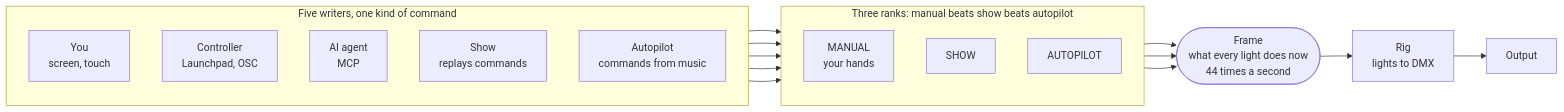
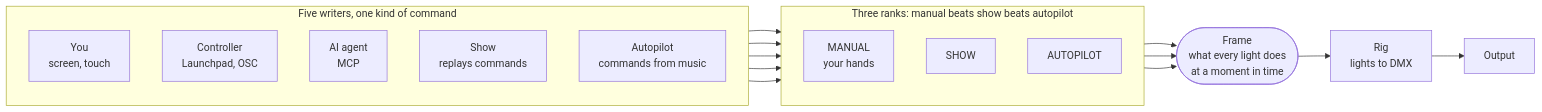
One commit to abossard/bossylights changed the first of 14 diagrams in docs/design/theory.md. Above: the diagram before and after it, drawn with Mermaid. The commit also changed other lines of this file and 2 other files, not shown here.

Commit message:
docs: the frame rate belongs to each output, with a default per protocol; a frame is computed for a moment in time

````diff
--- a/docs/design/theory.md
+++ b/docs/design/theory.md
@@ -9,32 +9,32 @@
 ```mermaid
 flowchart LR
   subgraph W["Five writers, one kind of command"]
     direction TB
     YOU["You<br/>screen, touch"]
     PAD["Controller<br/>Launchpad, OSC"]
     AGENT["AI agent<br/>MCP"]
     SHOWP["Show<br/>replays commands"]
     AUTOP["Autopilot<br/>commands from music"]
   end
 
   subgraph L["Three ranks: manual beats show beats autopilot"]
     direction TB
     LIVE["MANUAL<br/>your hands"]
     SHOW["SHOW"]
     AUTO["AUTOPILOT"]
   end
 
-  FRAME(["Frame<br/>what every light does now<br/>44 times a second"])
+  FRAME(["Frame<br/>what every light does<br/>at a moment in time"])
   RIG["Rig<br/>lights to DMX"]
   OUT["Output"]
 
   YOU --> LIVE
   PAD --> LIVE
   AGENT --> LIVE
   SHOWP --> SHOW
   AUTOP --> AUTO
   LIVE --> FRAME
   SHOW --> FRAME
   AUTO --> FRAME
   FRAME --> RIG --> OUT
 ```
````
